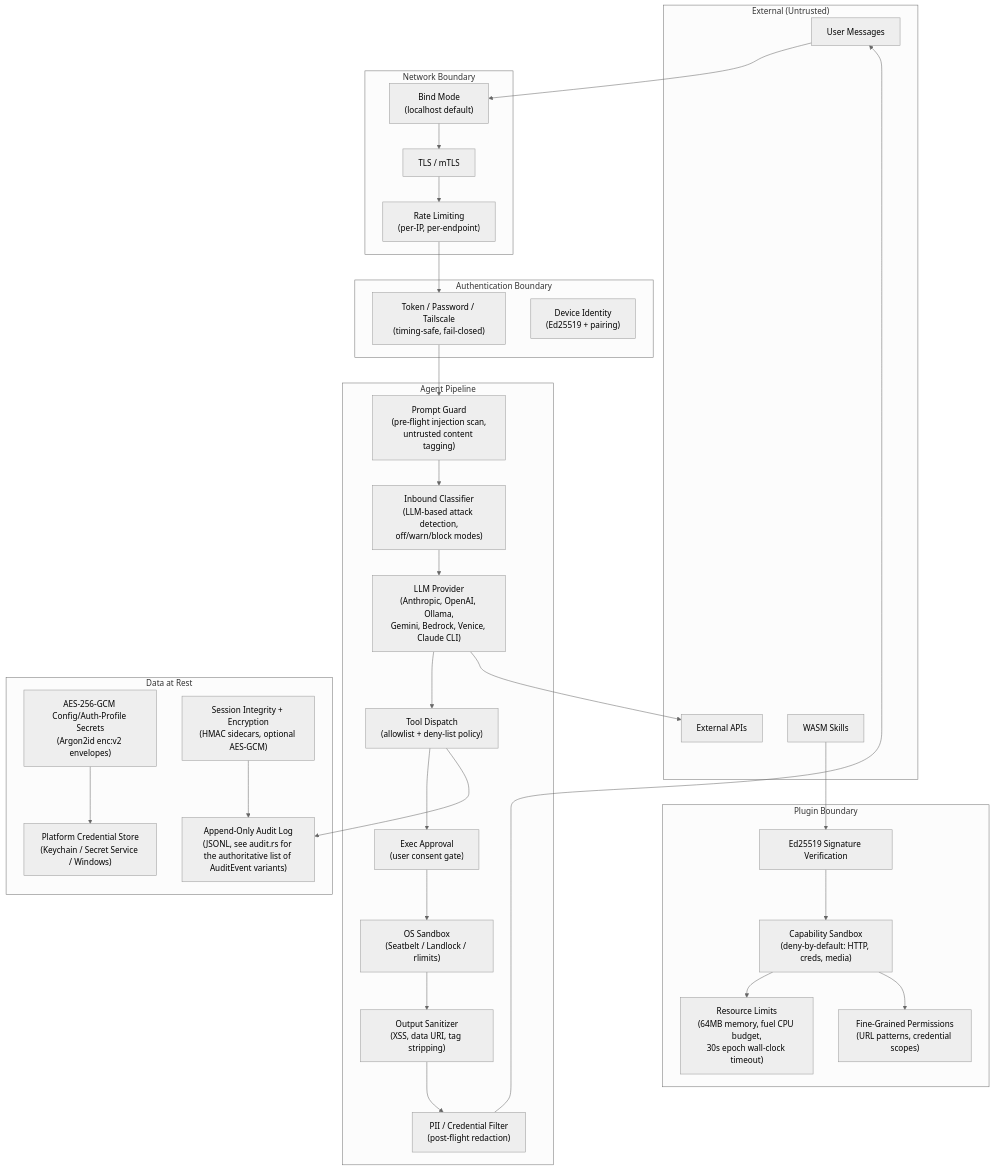
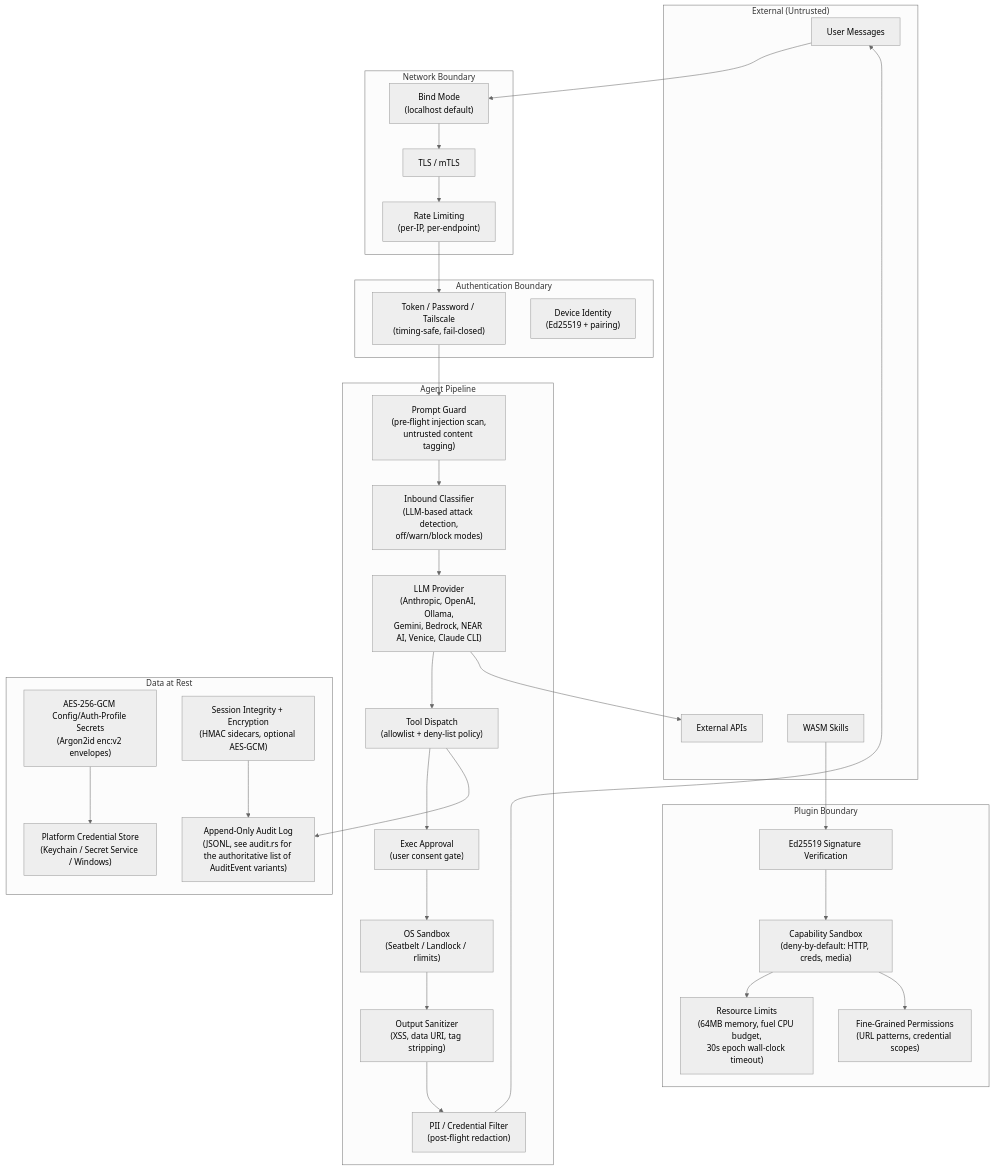
The diagram in docs/security.md (puremachinery/carapace), drawn with Mermaid (neutral theme) before and after one commit. The commit also changed other lines of this file and 33 other files, not shown here.

Commit message:
Add NEAR AI Cloud provider

````diff
--- a/docs/security.md
+++ b/docs/security.md
@@ -40,59 +40,59 @@
 ```mermaid
 graph TB
     subgraph "External (Untrusted)"
         User[User Messages]
         ExtAPI[External APIs]
         Skills[WASM Skills]
     end
 
     subgraph "Network Boundary"
         Bind["Bind Mode<br/>(localhost default)"]
         TLS["TLS / mTLS"]
         RateLimit["Rate Limiting<br/>(per-IP, per-endpoint)"]
     end
 
     subgraph "Authentication Boundary"
         Auth["Token / Password / Tailscale<br/>(timing-safe, fail-closed)"]
         DeviceAuth["Device Identity<br/>(Ed25519 + pairing)"]
     end
 
     subgraph "Agent Pipeline"
         PromptGuard["Prompt Guard<br/>(pre-flight injection scan,<br/>untrusted content tagging)"]
         Classifier["Inbound Classifier<br/>(LLM-based attack detection,<br/>off/warn/block modes)"]
-        LLM["LLM Provider<br/>(Anthropic, OpenAI, Ollama,<br/>Gemini, Bedrock, Venice, Claude CLI)"]
+        LLM["LLM Provider<br/>(Anthropic, OpenAI, Ollama,<br/>Gemini, Bedrock, NEAR AI, Venice, Claude CLI)"]
         ToolDispatch["Tool Dispatch<br/>(allowlist + deny-list policy)"]
         ExecApproval["Exec Approval<br/>(user consent gate)"]
         Sandbox["OS Sandbox<br/>(Seatbelt / Landlock / rlimits)"]
         OutputCSP["Output Sanitizer<br/>(XSS, data URI, tag stripping)"]
         PIIFilter["PII / Credential Filter<br/>(post-flight redaction)"]
     end
 
     subgraph "Data at Rest"
         Secrets["AES-256-GCM Config/Auth-Profile Secrets<br/>(Argon2id enc:v2 envelopes)"]
         Sessions["Session Integrity + Encryption<br/>(HMAC sidecars, optional AES-GCM)"]
         Audit["Append-Only Audit Log<br/>(JSONL, see audit.rs for the authoritative list of AuditEvent variants)"]
         Keychain["Platform Credential Store<br/>(Keychain / Secret Service / Windows)"]
     end
 
     subgraph "Plugin Boundary"
         PluginSig["Ed25519 Signature Verification"]
         PluginCaps["Capability Sandbox<br/>(deny-by-default: HTTP, creds, media)"]
         PluginRes["Resource Limits<br/>(64MB memory, fuel CPU budget,<br/>30s epoch wall-clock timeout)"]
         PluginPerms["Fine-Grained Permissions<br/>(URL patterns, credential scopes)"]
     end
 
     User --> Bind --> TLS --> RateLimit --> Auth
     Auth --> PromptGuard --> Classifier --> LLM
     LLM --> ToolDispatch --> ExecApproval --> Sandbox
     Sandbox --> OutputCSP --> PIIFilter
     PIIFilter --> User
 
     LLM --> ExtAPI
     ToolDispatch --> Audit
 
     Skills --> PluginSig --> PluginCaps --> PluginRes
     PluginCaps --> PluginPerms
 
     Secrets --> Keychain
     Sessions --> Audit
 ```
````
